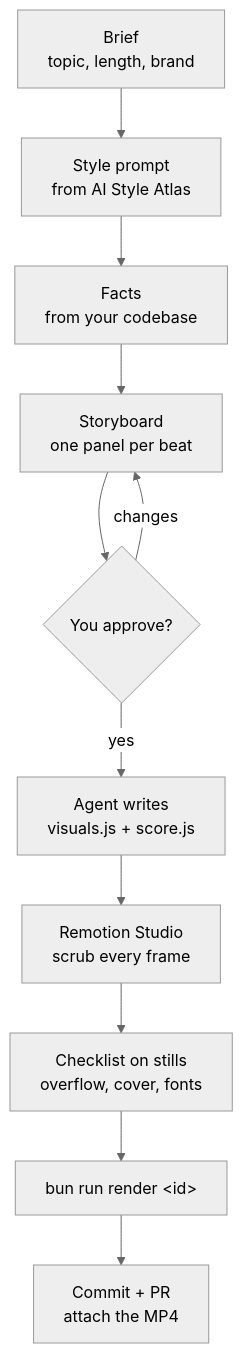
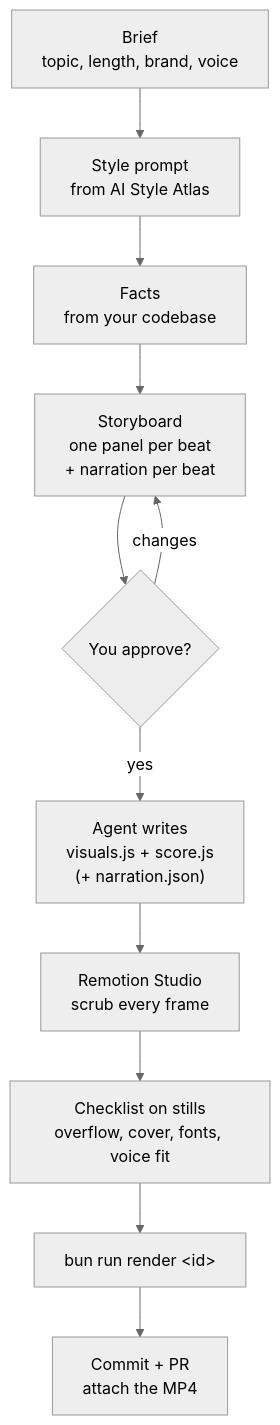
The first of 2 diagrams in README.md (3lVv0w/code-motion-skill), drawn with Mermaid (neutral theme) before and after one commit. The commit also changed other lines of this file and 14 other files, not shown here.

First line of the commit message:
Add voiceover narration support, per-video fps, Thai docs, and prompt library

````diff
--- a/README.md
+++ b/README.md
@@ -19,13 +21,13 @@
 ```mermaid
 flowchart TD
-  brief["Brief<br/>topic, length, brand"] --> stylePrompt["Style prompt<br/>from AI Style Atlas"]
+  brief["Brief<br/>topic, length, brand, voice"] --> stylePrompt["Style prompt<br/>from AI Style Atlas"]
   stylePrompt --> facts["Facts<br/>from your codebase"]
-  facts --> board["Storyboard<br/>one panel per beat"]
+  facts --> board["Storyboard<br/>one panel per beat<br/>+ narration per beat"]
   board --> ok{"You approve?"}
   ok -- "changes" --> board
-  ok -- "yes" --> build["Agent writes<br/>visuals.js + score.js"]
+  ok -- "yes" --> build["Agent writes<br/>visuals.js + score.js<br/>(+ narration.json)"]
   build --> studio["Remotion Studio<br/>scrub every frame"]
-  studio --> check["Checklist on stills<br/>overflow, cover, fonts"]
+  studio --> check["Checklist on stills<br/>overflow, cover, fonts, voice fit"]
   check --> render["bun run render &lt;id&gt;"]
   render --> pr["Commit + PR<br/>attach the MP4"]
 ```
````
